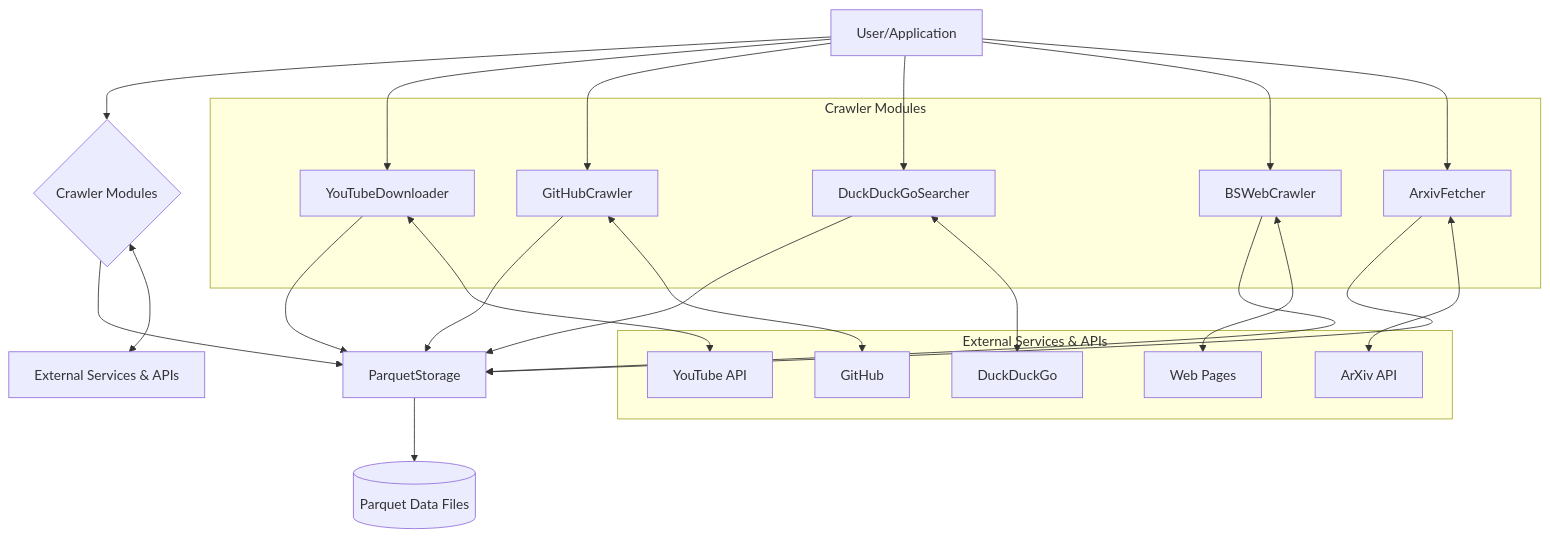
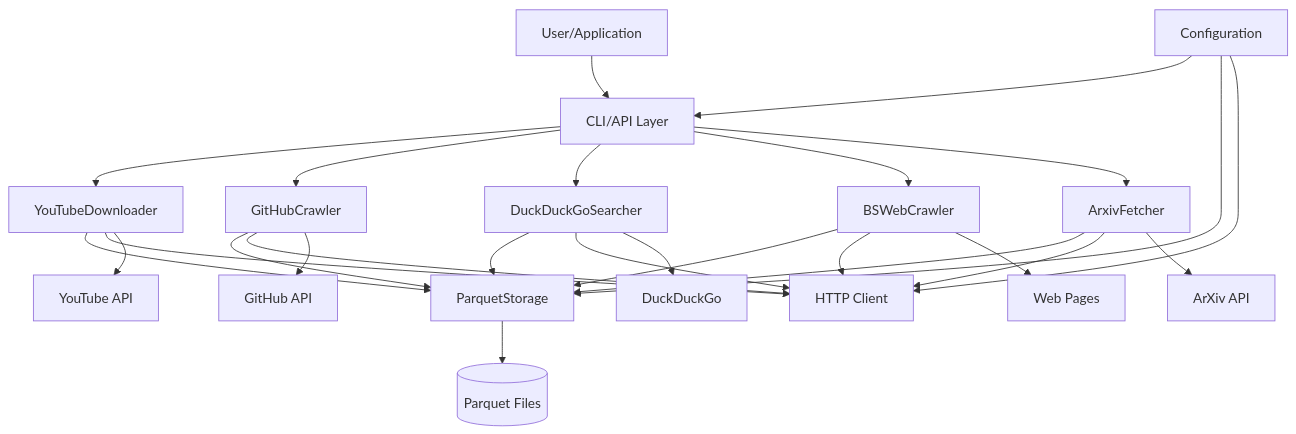
The first of 5 diagrams in docs/Specification.md (Ollama-Agent-Roll-Cage/oarc-crawlers), drawn with Mermaid before and after one commit. The commit also changed other lines of this file and 9 other files, not shown here.

````diff
--- a/docs/Specification.md
+++ b/docs/Specification.md
@@ -54,41 +46,33 @@
 ```mermaid
 graph TD
-    User[User/Application] --> Crawlers{Crawler Modules}
-    Crawlers --> PS[ParquetStorage]
-    Crawlers <--> EXT[External Services & APIs]
-    PS --> DF[(Parquet Data Files)]
-
-    subgraph Crawler Modules
-        YT[YouTubeDownloader]
-        GH[GitHubCrawler]
-        DDG[DuckDuckGoSearcher]
-        BS[BSWebCrawler]
-        AX[ArxivFetcher]
-    end
-
-    subgraph External Services & APIs
-        API_YT[YouTube API]
-        API_GH[GitHub]
-        API_DDG[DuckDuckGo]
-        API_WEB[Web Pages]
-        API_AX[ArXiv API]
-    end
-
-    User --> YT
-    User --> GH
-    User --> DDG
-    User --> BS
-    User --> AX
-
-    YT --> PS
-    GH --> PS
-    DDG --> PS
-    BS --> PS
-    AX --> PS
-
-    YT <--> API_YT
-    GH <--> API_GH
-    DDG <--> API_DDG
-    BS <--> API_WEB
-    AX <--> API_AX
+    User[User/Application] --> CLI_API[CLI/API Layer]
+    CLI_API --> YT[YouTubeDownloader]
+    CLI_API --> GH[GitHubCrawler] 
+    CLI_API --> DDG[DuckDuckGoSearcher]
+    CLI_API --> BS[BSWebCrawler]
+    CLI_API --> AX[ArxivFetcher]
+    
+    YT --> Util_PS[ParquetStorage]
+    GH --> Util_PS
+    DDG --> Util_PS
+    BS --> Util_PS
+    AX --> Util_PS
+    
+    YT --> Util_HTTP[HTTP Client]
+    GH --> Util_HTTP
+    DDG --> Util_HTTP
+    BS --> Util_HTTP
+    AX --> Util_HTTP
+    
+    YT --> Ext_YT[YouTube API]
+    GH --> Ext_GH[GitHub API]
+    DDG --> Ext_DDG[DuckDuckGo]
+    BS --> Ext_WEB[Web Pages]
+    AX --> Ext_AX[ArXiv API]
+    
+    Util_PS --> Disk[(Parquet Files)]
+    
+    Config[Configuration] --> CLI_API
+    Config --> Util_PS
+    Config --> Util_HTTP
 ```
````
